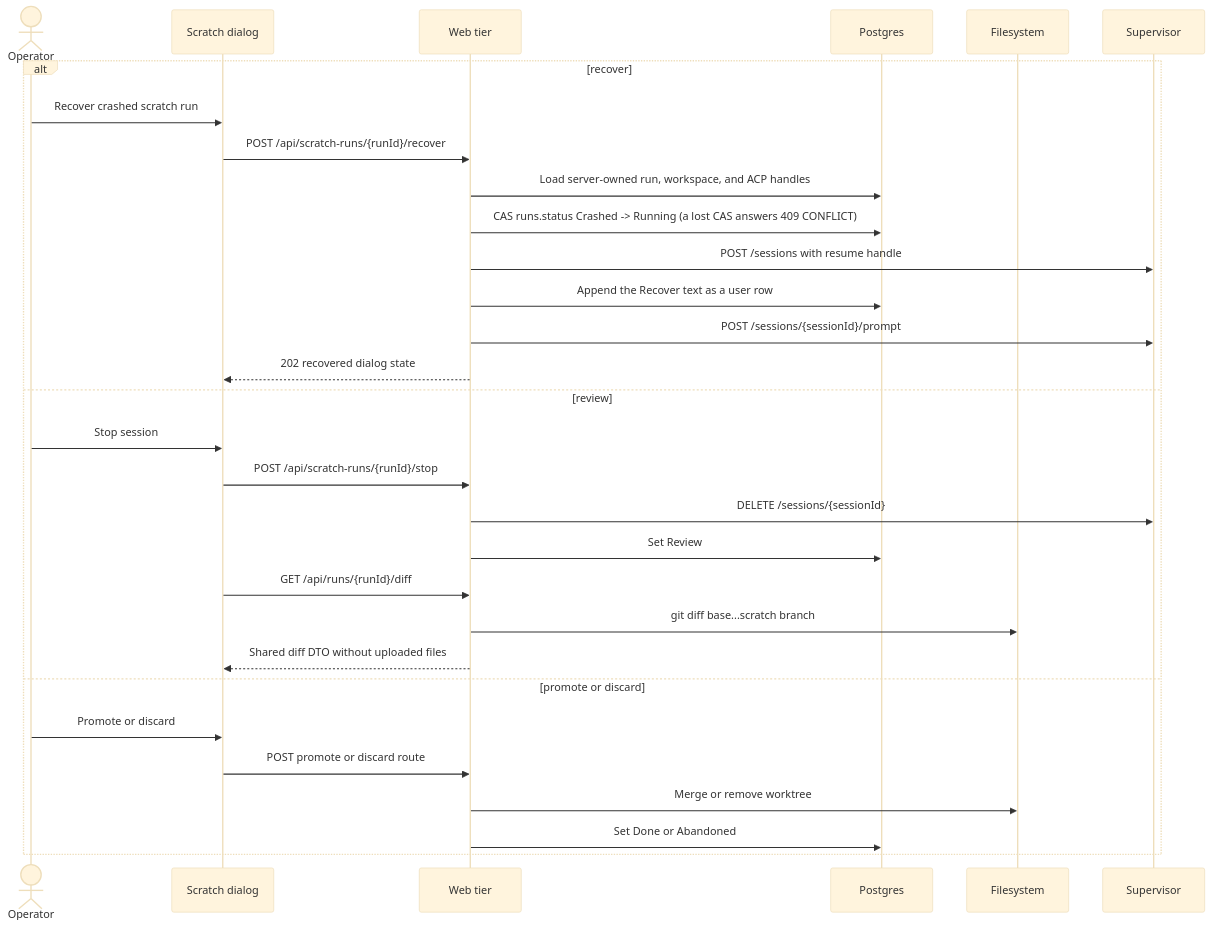
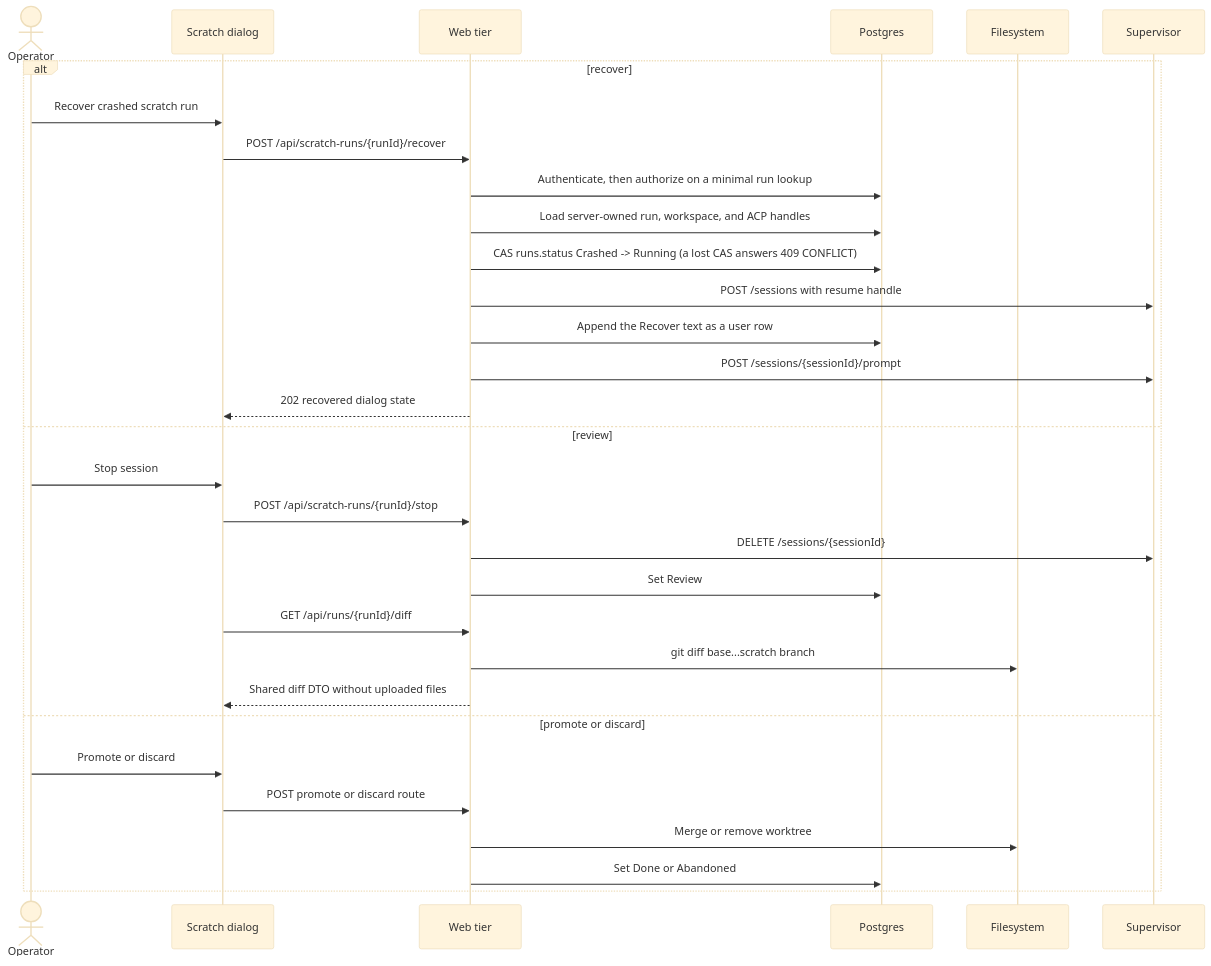
The fifth of 6 diagrams in docs/system-analytics/scratch-runs.md (maister-dev/maister), drawn with Mermaid (base theme) before and after one commit. The commit also changed other lines of this file and 26 other files, not shown here.

````diff
--- a/docs/system-analytics/scratch-runs.md
+++ b/docs/system-analytics/scratch-runs.md
@@ -349,33 +370,34 @@
 ```mermaid
 sequenceDiagram
     actor U as Operator
     participant UI as Scratch dialog
     participant W as Web tier
     participant DB as Postgres
     participant FS as Filesystem
     participant SV as Supervisor
 
     alt recover
         U->>UI: Recover crashed scratch run
         UI->>W: POST /api/scratch-runs/{runId}/recover
+        W->>DB: Authenticate, then authorize on a minimal run lookup
         W->>DB: Load server-owned run, workspace, and ACP handles
         W->>DB: CAS runs.status Crashed -> Running (a lost CAS answers 409 CONFLICT)
         W->>SV: POST /sessions with resume handle
         W->>DB: Append the Recover text as a user row
         W->>SV: POST /sessions/{sessionId}/prompt
         W-->>UI: 202 recovered dialog state
     else review
         U->>UI: Stop session
         UI->>W: POST /api/scratch-runs/{runId}/stop
         W->>SV: DELETE /sessions/{sessionId}
         W->>DB: Set Review
         UI->>W: GET /api/runs/{runId}/diff
         W->>FS: git diff base...scratch branch
         W-->>UI: Shared diff DTO without uploaded files
     else promote or discard
         U->>UI: Promote or discard
         UI->>W: POST promote or discard route
         W->>FS: Merge or remove worktree
         W->>DB: Set Done or Abandoned
     end
 ```
````
